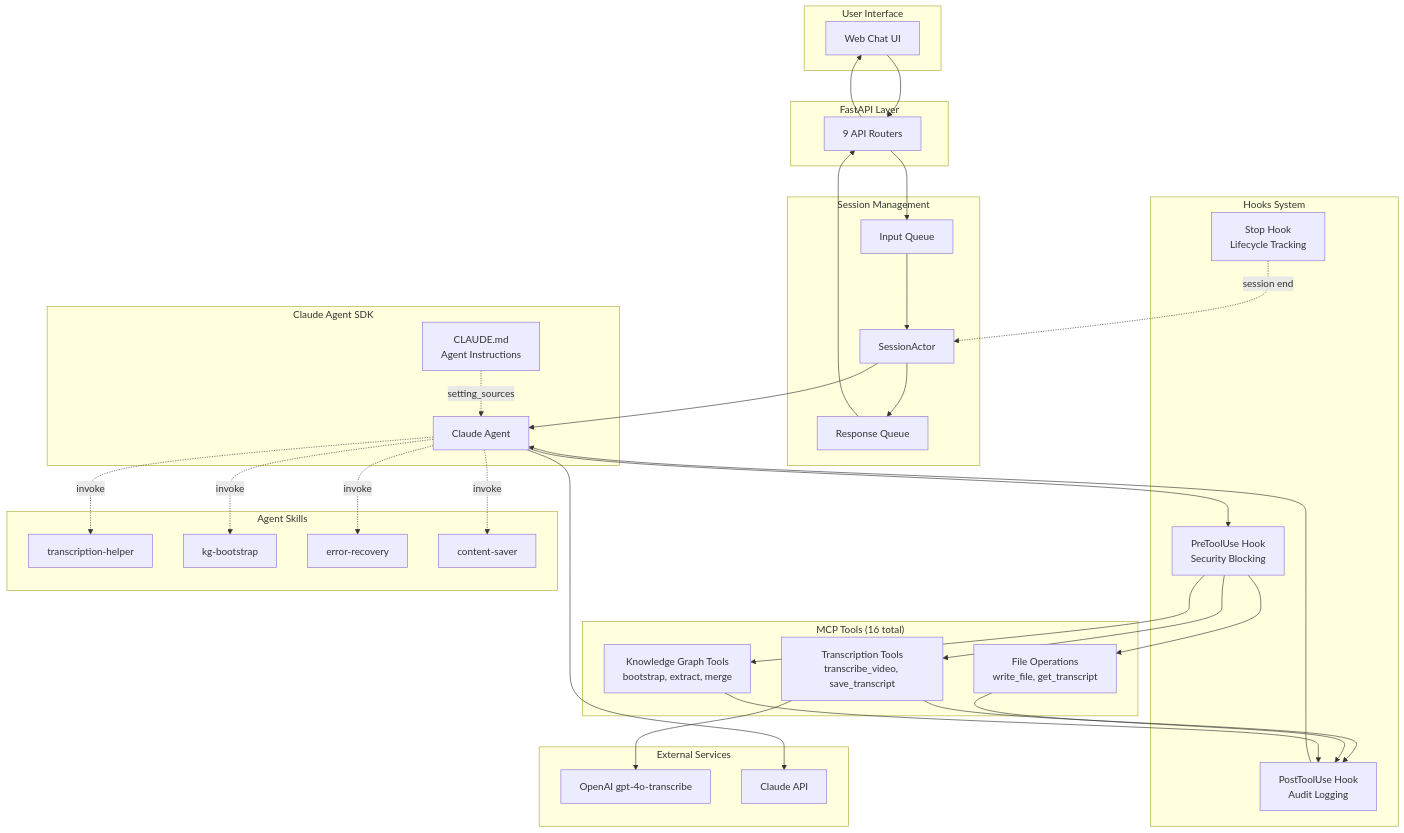
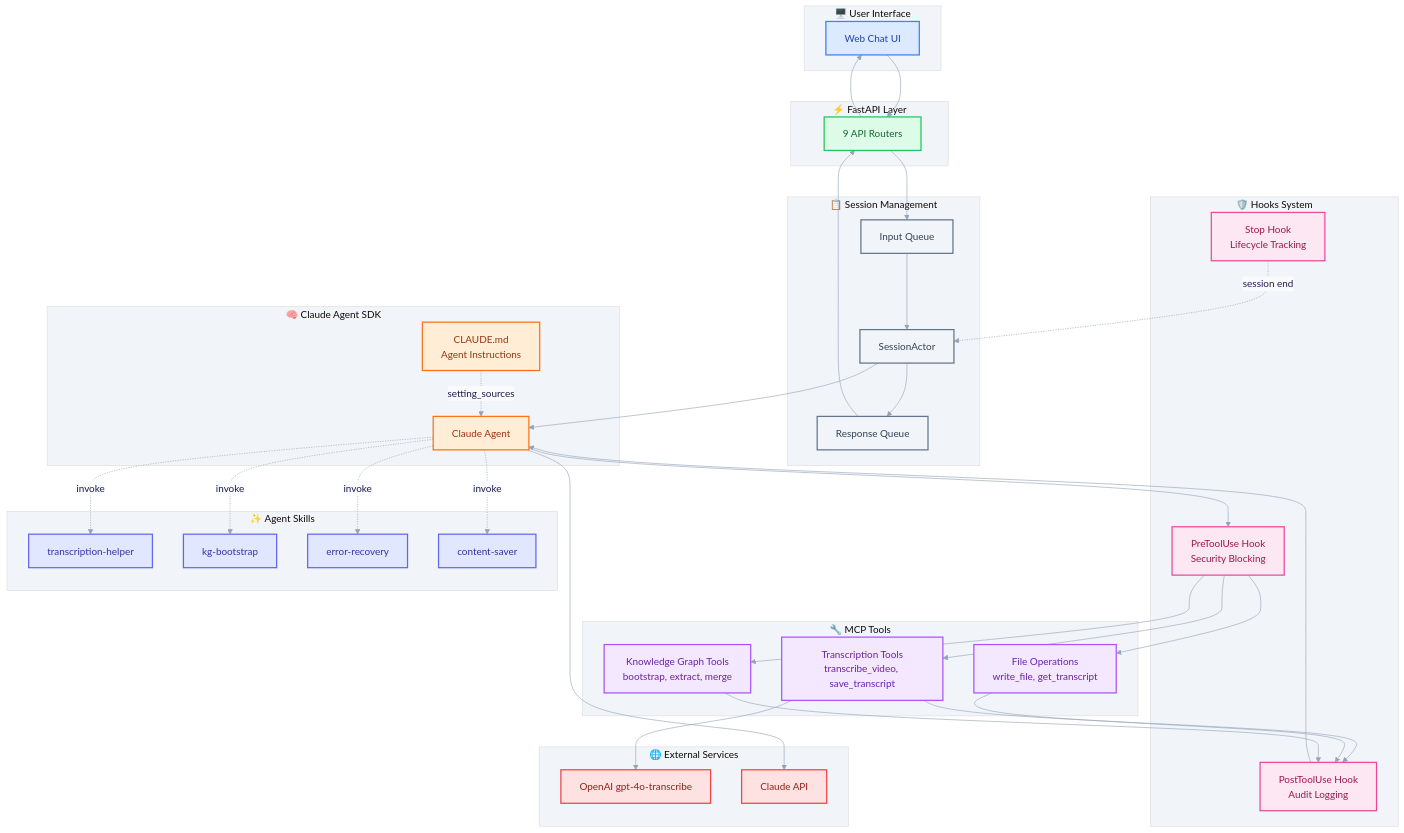
One commit to costiash/CognivAgent changed the diagram in guides/sdk-agent.md. Above: the diagram before and after it, drawn with Mermaid. The commit also changed 15 other files, not shown here.

First line of the commit message:
docs: add screenshots, demo video, and style Mermaid diagrams

````diff
--- a/guides/sdk-agent.md
+++ b/guides/sdk-agent.md
@@ -54,44 +54,45 @@
 ```mermaid
+%%{init: {'theme': 'base', 'themeVariables': { 'primaryColor': '#818cf8', 'primaryTextColor': '#1e1b4b', 'primaryBorderColor': '#6366f1', 'lineColor': '#94a3b8', 'secondaryColor': '#f8fafc', 'tertiaryColor': '#f1f5f9'}}}%%
 graph TB
-    subgraph "User Interface"
+    subgraph UI_Layer["🖥️ User Interface"]
         UI[Web Chat UI]
     end
 
-    subgraph "FastAPI Layer"
+    subgraph API_Layer["⚡ FastAPI Layer"]
         API[9 API Routers]
     end
 
-    subgraph "Session Management"
+    subgraph Session["📋 Session Management"]
         SA[SessionActor]
         IQ[Input Queue]
         OQ[Response Queue]
     end
 
-    subgraph "Claude Agent SDK"
+    subgraph SDK["🧠 Claude Agent SDK"]
         AGENT[Claude Agent]
         CLAUDEMD[CLAUDE.md<br/>Agent Instructions]
     end
 
-    subgraph "Hooks System"
+    subgraph Hooks["🛡️ Hooks System"]
         PRE[PreToolUse Hook<br/>Security Blocking]
         POST[PostToolUse Hook<br/>Audit Logging]
         STOP[Stop Hook<br/>Lifecycle Tracking]
     end
 
-    subgraph "MCP Tools (16 total)"
+    subgraph Tools["🔧 MCP Tools"]
         TRANS[Transcription Tools<br/>transcribe_video, save_transcript]
         FILE[File Operations<br/>write_file, get_transcript]
-        KG[Knowledge Graph Tools<br/>bootstrap, extract, merge]
+        KG_TOOLS[Knowledge Graph Tools<br/>bootstrap, extract, merge]
     end
 
-    subgraph "Agent Skills"
+    subgraph Skills["✨ Agent Skills"]
         SKILL1[transcription-helper]
         SKILL2[kg-bootstrap]
         SKILL3[error-recovery]
         SKILL4[content-saver]
     end
 
-    subgraph "External Services"
+    subgraph External["🌐 External Services"]
         OPENAI[OpenAI gpt-4o-transcribe]
         CLAUDE_API[Claude API]
     end
@@ -105,10 +106,10 @@
     AGENT --> PRE
     PRE --> TRANS
     PRE --> FILE
-    PRE --> KG
+    PRE --> KG_TOOLS
     TRANS --> POST
     FILE --> POST
-    KG --> POST
+    KG_TOOLS --> POST
     POST --> AGENT
 
     AGENT -.->|invoke| SKILL1
@@ -119,6 +120,24 @@
     TRANS --> OPENAI
     AGENT --> CLAUDE_API
 
+    classDef ui fill:#dbeafe,stroke:#3b82f6,stroke-width:2px,color:#1e40af
+    classDef api fill:#dcfce7,stroke:#22c55e,stroke-width:2px,color:#166534
+    classDef session fill:#f1f5f9,stroke:#64748b,stroke-width:2px,color:#334155
+    classDef sdk fill:#ffedd5,stroke:#f97316,stroke-width:2px,color:#9a3412
+    classDef hooks fill:#fce7f3,stroke:#ec4899,stroke-width:2px,color:#9d174d
+    classDef tools fill:#f3e8ff,stroke:#a855f7,stroke-width:2px,color:#6b21a8
+    classDef skills fill:#e0e7ff,stroke:#6366f1,stroke-width:2px,color:#3730a3
+    classDef external fill:#fee2e2,stroke:#ef4444,stroke-width:2px,color:#991b1b
+
+    class UI ui
+    class API api
+    class SA,IQ,OQ session
+    class AGENT,CLAUDEMD sdk
+    class PRE,POST,STOP hooks
+    class TRANS,FILE,KG_TOOLS tools
+    class SKILL1,SKILL2,SKILL3,SKILL4 skills
+    class OPENAI,CLAUDE_API external
+
     SA --> OQ
     OQ --> API
     API --> UI
````
